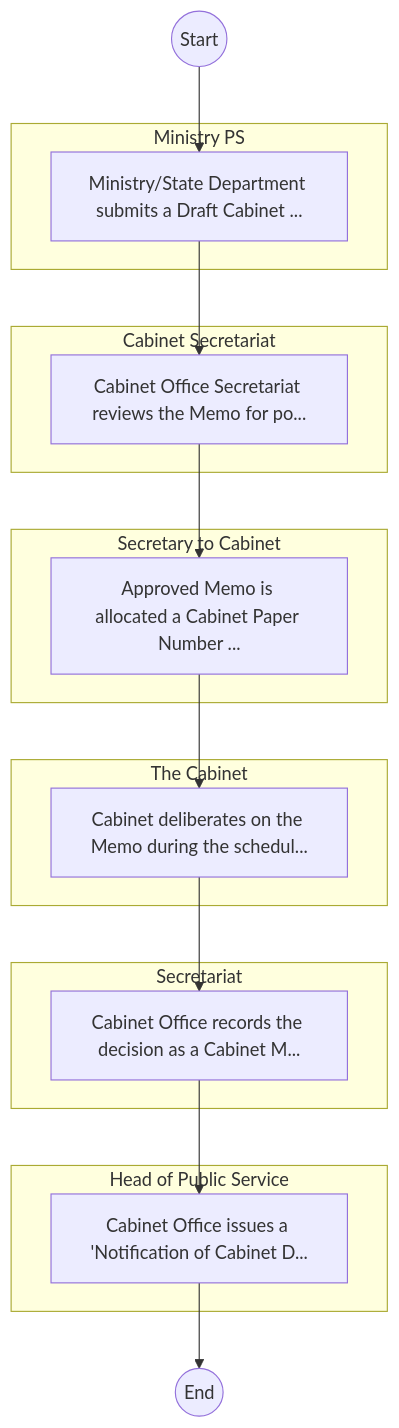
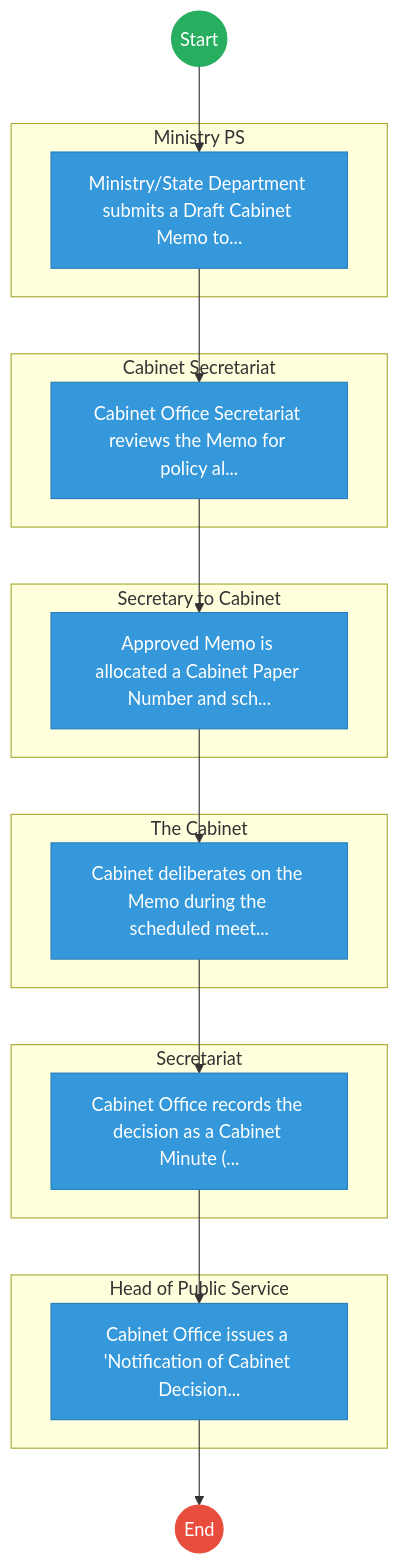
One commit to BITZ-IT-Consulting-LTD/ictapoc changed the first of 2 diagrams in mdas/docs_final/CABINET_OFFICE___Cabinet_Memo_Processing.md. Above: the diagram before and after it, drawn with Mermaid. The commit also changed other lines of this file and 461 other files, not shown here.

````diff
--- a/mdas/docs_final/CABINET_OFFICE___Cabinet_Memo_Processing.md
+++ b/mdas/docs_final/CABINET_OFFICE___Cabinet_Memo_Processing.md
@@ -20,28 +20,43 @@
 ```mermaid
 graph TD
     Start((Start)) --> S1
-    subgraph MinistryPS [Ministry PS]
-        S1["Ministry/State Department submits a Draft Cabinet ..."]
+
+    subgraph Ministry_PS [Ministry PS]
+        S1["Ministry/State Department submits a Draft Cabinet Memo to..."]
     end
-    subgraph CabinetSecretariat [Cabinet Secretariat]
-        S2["Cabinet Office Secretariat reviews the Memo for po..."]
+
+    subgraph Cabinet_Secretariat [Cabinet Secretariat]
+        S2["Cabinet Office Secretariat reviews the Memo for policy al..."]
     end
-    subgraph SecretarytoCabinet [Secretary to Cabinet]
-        S3["Approved Memo is allocated a Cabinet Paper Number ..."]
+
+    subgraph Secretary_to_Cabinet [Secretary to Cabinet]
+        S3["Approved Memo is allocated a Cabinet Paper Number and sch..."]
     end
-    subgraph TheCabinet [The Cabinet]
-        S4["Cabinet deliberates on the Memo during the schedul..."]
+
+    subgraph The_Cabinet [The Cabinet]
+        S4["Cabinet deliberates on the Memo during the scheduled meet..."]
     end
+
     subgraph Secretariat [Secretariat]
-        S5["Cabinet Office records the decision as a Cabinet M..."]
+        S5["Cabinet Office records the decision as a Cabinet Minute (..."]
     end
-    subgraph HeadofPublicService [Head of Public Service]
-        S6["Cabinet Office issues a 'Notification of Cabinet D..."]
+
+    subgraph Head_of_Public_Service [Head of Public Service]
+        S6["Cabinet Office issues a 'Notification of Cabinet Decision..."]
     end
     S1 --> S2
     S2 --> S3
     S3 --> S4
     S4 --> S5
     S5 --> S6
     S6 --> End((End))
+
+    classDef start fill:#27ae60,stroke:#27ae60,color:#fff;
+    classDef endNode fill:#e74c3c,stroke:#e74c3c,color:#fff;
+    classDef userTask fill:#3498db,stroke:#2980b9,color:#fff;
+    classDef serviceTask fill:#9b59b6,stroke:#8e44ad,color:#fff;
+
+    class Start start;
+    class End endNode;
+    class S1,S2,S3,S4,S5,S6 userTask;
 ```
````
